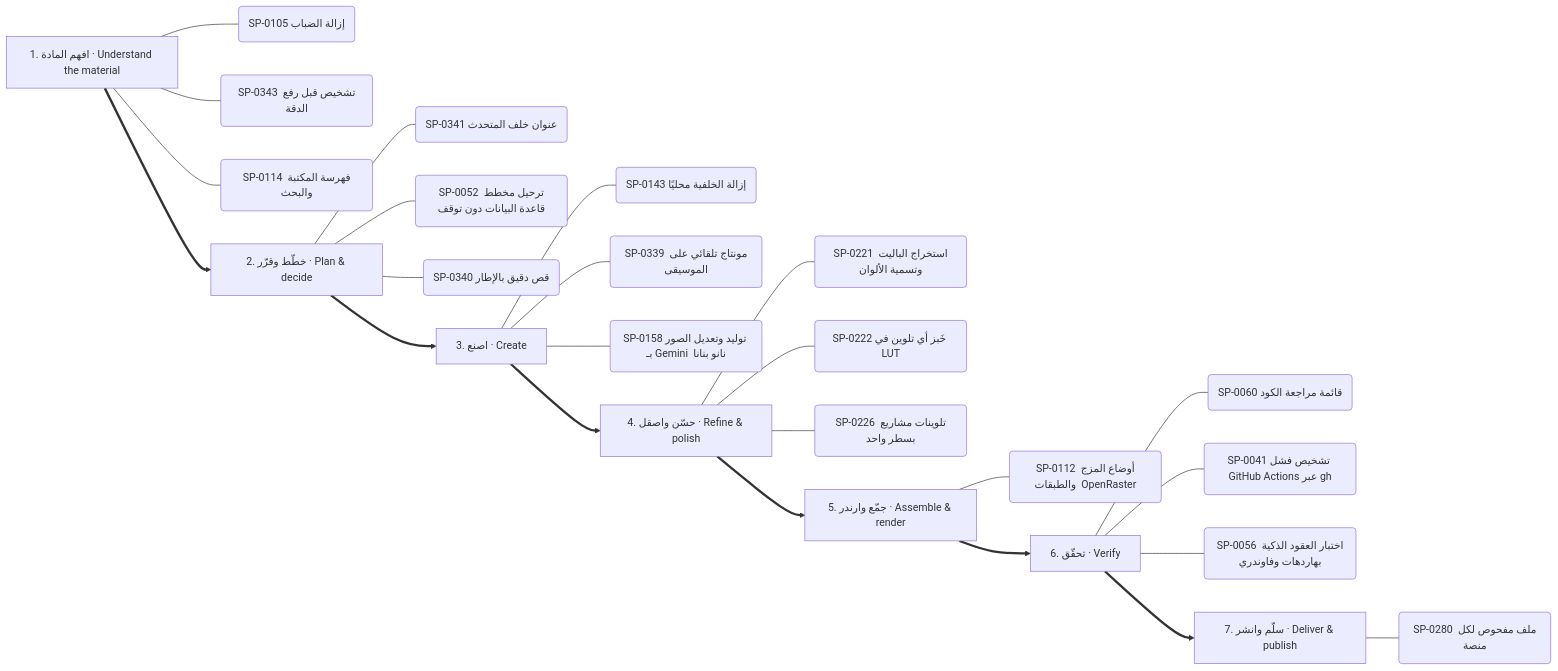
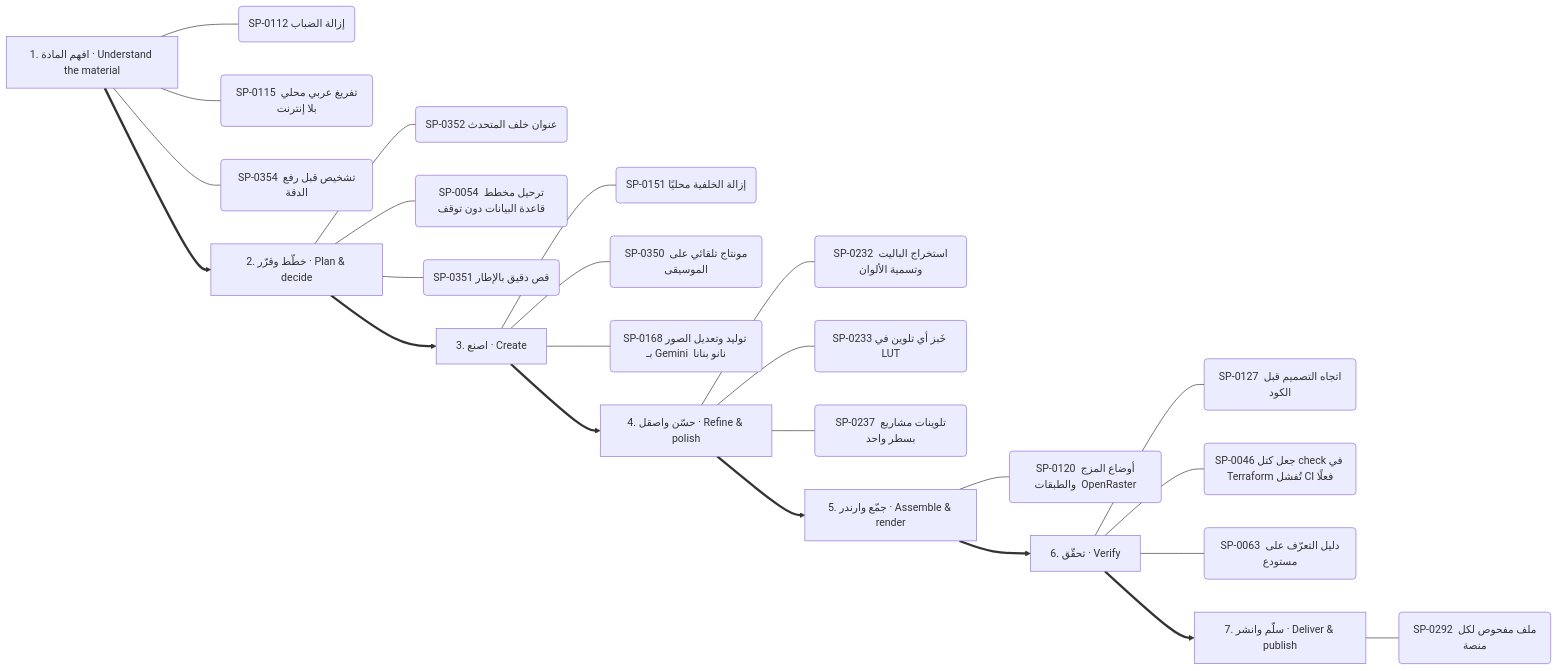
The seventh of 13 diagrams in .claude/skills/kosif-superpowers/references/capability-mindmap.md (kosif199022-jpg/kosif-tool), drawn with Mermaid before and after one commit. The commit also changed other lines of this file and 58 other files, not shown here.

````diff
--- a/.claude/skills/kosif-superpowers/references/capability-mindmap.md
+++ b/.claude/skills/kosif-superpowers/references/capability-mindmap.md
@@ -362,33 +365,33 @@
 ```mermaid
 flowchart LR
   S0["1. افهم المادة · Understand the material"]
-  S0 --- S0_0("SP-0105 إزالة الضباب")
-  S0 --- S0_1("SP-0343 تشخيص قبل رفع الدقة")
-  S0 --- S0_2("SP-0114 فهرسة المكتبة والبحث")
+  S0 --- S0_0("SP-0112 إزالة الضباب")
+  S0 --- S0_1("SP-0115 تفريغ عربي محلي بلا إنترنت")
+  S0 --- S0_2("SP-0354 تشخيص قبل رفع الدقة")
   S1["2. خطّط وقرّر · Plan & decide"]
-  S1 --- S1_0("SP-0341 عنوان خلف المتحدث")
-  S1 --- S1_1("SP-0052 ترحيل مخطط قاعدة البيانات دون توقف")
-  S1 --- S1_2("SP-0340 قص دقيق بالإطار")
+  S1 --- S1_0("SP-0352 عنوان خلف المتحدث")
+  S1 --- S1_1("SP-0054 ترحيل مخطط قاعدة البيانات دون توقف")
+  S1 --- S1_2("SP-0351 قص دقيق بالإطار")
   S0 ==> S1
   S2["3. اصنع · Create"]
-  S2 --- S2_0("SP-0143 إزالة الخلفية محليًا")
-  S2 --- S2_1("SP-0339 مونتاج تلقائي على الموسيقى")
-  S2 --- S2_2("SP-0158 توليد وتعديل الصور بـ Gemini  نانو بنانا ")
+  S2 --- S2_0("SP-0151 إزالة الخلفية محليًا")
+  S2 --- S2_1("SP-0350 مونتاج تلقائي على الموسيقى")
+  S2 --- S2_2("SP-0168 توليد وتعديل الصور بـ Gemini  نانو بنانا ")
   S1 ==> S2
   S3["4. حسّن واصقل · Refine & polish"]
-  S3 --- S3_0("SP-0221 استخراج الباليت وتسمية الألوان")
-  S3 --- S3_1("SP-0222 خَبز أي تلوين في LUT")
-  S3 --- S3_2("SP-0226 تلوينات مشاريع بسطر واحد")
+  S3 --- S3_0("SP-0232 استخراج الباليت وتسمية الألوان")
+  S3 --- S3_1("SP-0233 خَبز أي تلوين في LUT")
+  S3 --- S3_2("SP-0237 تلوينات مشاريع بسطر واحد")
   S2 ==> S3
   S4["5. جمّع وارندر · Assemble & render"]
-  S4 --- S4_0("SP-0112 أوضاع المزج والطبقات  OpenRaster ")
+  S4 --- S4_0("SP-0120 أوضاع المزج والطبقات  OpenRaster ")
   S3 ==> S4
   S5["6. تحقّق · Verify"]
-  S5 --- S5_0("SP-0060 قائمة مراجعة الكود")
-  S5 --- S5_1("SP-0041 تشخيص فشل GitHub Actions عبر gh")
-  S5 --- S5_2("SP-0056 اختبار العقود الذكية بهاردهات وفاوندري")
+  S5 --- S5_0("SP-0127 اتجاه التصميم قبل الكود")
+  S5 --- S5_1("SP-0046 جعل كتل check في Terraform تُفشل CI فعلًا")
+  S5 --- S5_2("SP-0063 دليل التعرّف على مستودع")
   S4 ==> S5
   S6["7. سلّم وانشر · Deliver & publish"]
-  S6 --- S6_0("SP-0280 ملف مفحوص لكل منصة")
+  S6 --- S6_0("SP-0292 ملف مفحوص لكل منصة")
   S5 ==> S6
 ```
````
